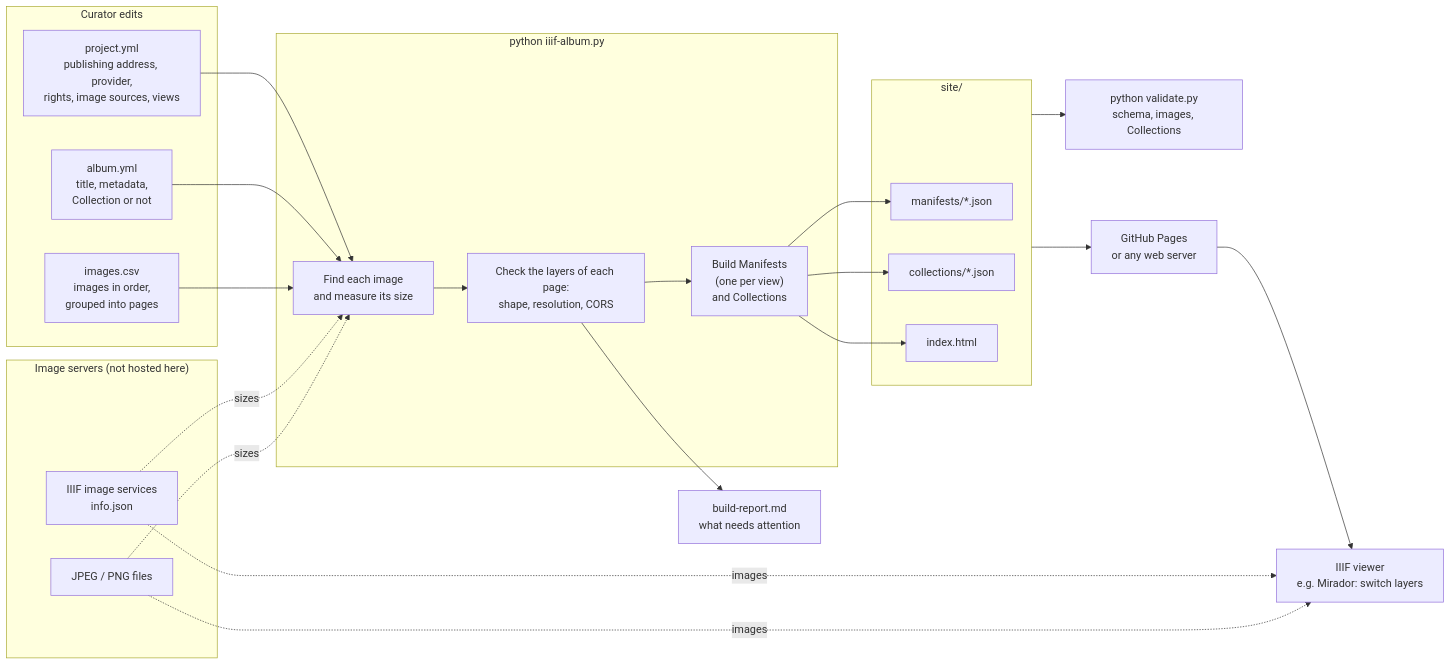
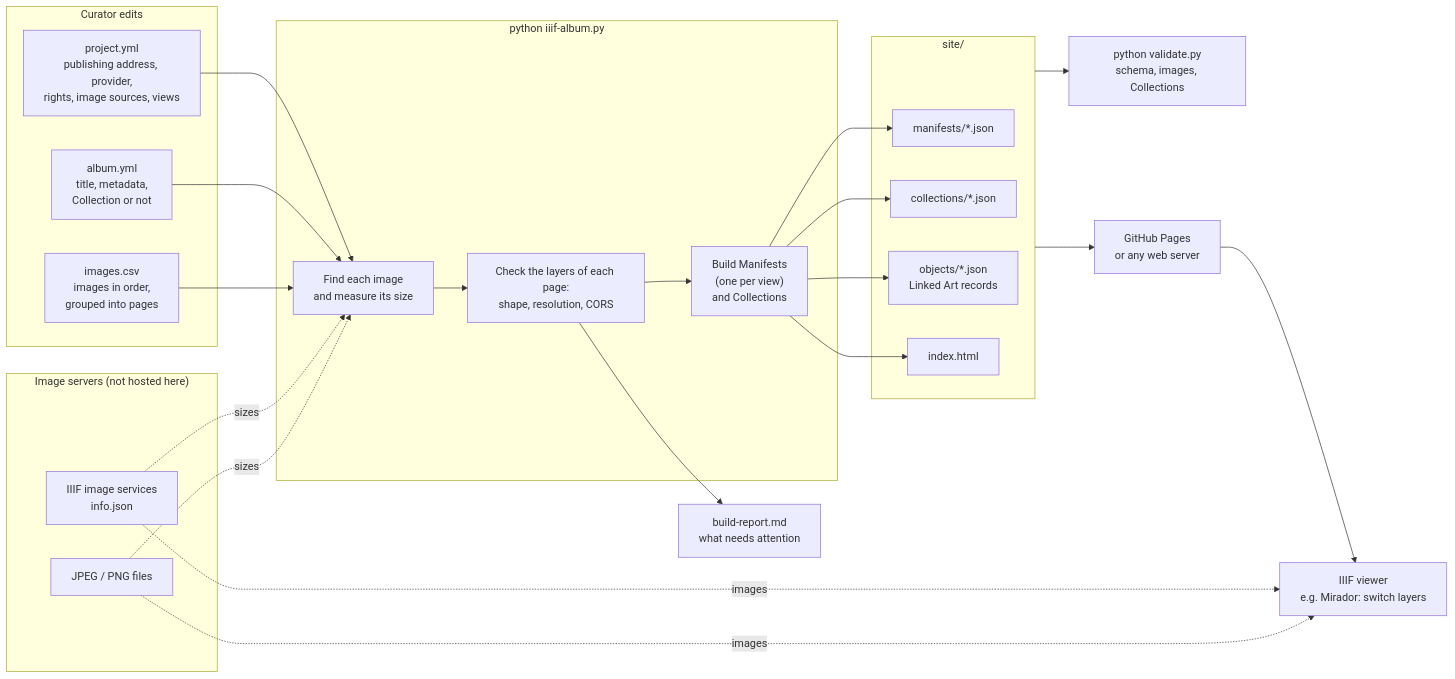
Before and after one commit to Participatory-Image-Archives/iiif-photoalbum: the diagram in README.md, drawn with Mermaid. The commit also changed other lines of this file and 17 other files, not shown here.

Commit message:
bump to V1.1, with Linked Art records

````diff
--- a/README.md
+++ b/README.md
@@ -13,40 +13,41 @@
 ```mermaid
 flowchart LR
     subgraph curator["Curator edits"]
         project["project.yml<br/>publishing address, provider,<br/>rights, image sources, views"]
         album["album.yml<br/>title, metadata,<br/>Collection or not"]
         csv["images.csv<br/>images in order,<br/>grouped into pages"]
     end
 
     subgraph servers["Image servers (not hosted here)"]
         iiif["IIIF image services<br/>info.json"]
         files["JPEG / PNG files"]
     end
 
     subgraph build["python iiif-album.py"]
         resolve["Find each image<br/>and measure its size"]
         check["Check the layers of each page:<br/>shape, resolution, CORS"]
         generate["Build Manifests<br/>(one per view)<br/>and Collections"]
     end
 
     validate["python validate.py<br/>schema, images, Collections"]
     report["build-report.md<br/>what needs attention"]
 
     subgraph site["site/"]
         manifests["manifests/*.json"]
         collections["collections/*.json"]
+        objects["objects/*.json<br/>Linked Art records"]
         index["index.html"]
     end
 
     publish["GitHub Pages<br/>or any web server"]
     viewer["IIIF viewer<br/>e.g. Mirador: switch layers"]
 
     project & album & csv --> resolve
     iiif & files -. sizes .-> resolve
     resolve --> check --> generate
     check --> report
-    generate --> manifests & collections & index
+    generate --> manifests & collections & objects & index
     site --> validate
     site --> publish --> viewer
     iiif & files -. images .-> viewer
 ```
````
